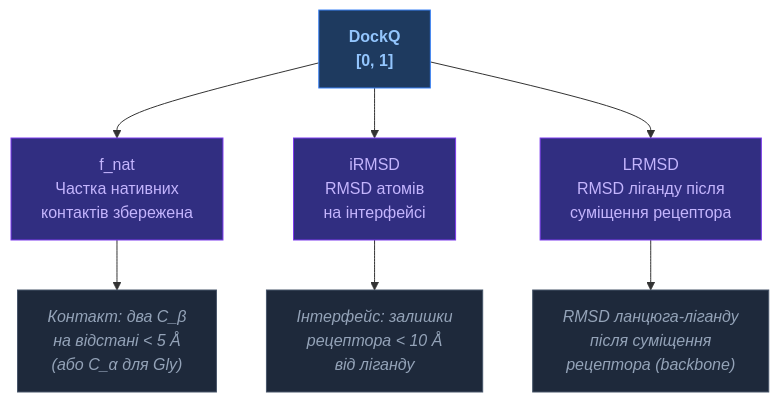
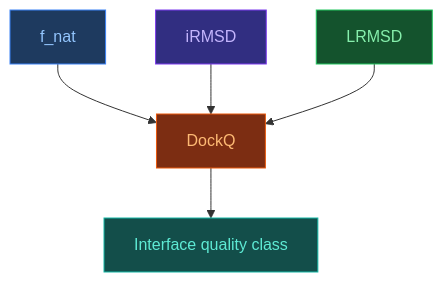
The diagram in UA/2. Концепції/2.3. Структурна-Біоінформатика/2.3.3. DockQ.md (OlehVolkov/AlphaFold3-AIGen-KnowledgeBase), drawn with Mermaid before and after one commit. The commit also changed other lines of this file and 33 other files, not shown here.

````diff
--- a/UA/2. Концепції/2.3. Структурна-Біоінформатика/2.3.3. DockQ.md
+++ b/UA/2. Концепції/2.3. Структурна-Біоінформатика/2.3.3. DockQ.md
@@ -26,22 +39,20 @@
 ```mermaid
 flowchart TD
-    DQ["DockQ<br/>[0, 1]"]:::main
+    FN["f_nat"]:::input
+    IR["iRMSD"]:::trunk
+    LR["LRMSD"]:::diffusion
+    DQ["DockQ"]:::confidence
+    OUT["Interface quality class"]:::output
 
-    FNAT["f_nat<br/>Частка нативних<br/>контактів збережена"]:::comp
-    IRMSD["iRMSD<br/>RMSD атомів<br/>на інтерфейсі"]:::comp
-    LRMSD["LRMSD<br/>RMSD ліганду після<br/>суміщення рецептора"]:::comp
+    FN --> DQ
+    IR --> DQ
+    LR --> DQ
+    DQ --> OUT
 
-    DQ --> FNAT & IRMSD & LRMSD
-
-    F1["Контакт: два С_β<br/>на відстані < 5 Å<br/>(або C_α для Gly)"]:::note
-    I1["Інтерфейс: залишки<br/>рецептора < 10 Å<br/>від ліганду"]:::note
-    L1["RMSD ланцюга-ліганду<br/>після суміщення<br/>рецептора (backbone)"]:::note
-
-    FNAT --> F1
-    IRMSD --> I1
-    LRMSD --> L1
-
-    classDef main fill:#1e3a5f,stroke:#3b82f6,color:#93c5fd,font-weight:bold
-    classDef comp fill:#312e81,stroke:#7c3aed,color:#c4b5fd
-    classDef note fill:#1e293b,stroke:#475569,color:#94a3b8,font-style:italic
+    classDef input fill:#1e3a5f,stroke:#3b82f6,color:#93c5fd
+    classDef trunk fill:#312e81,stroke:#7c3aed,color:#c4b5fd
+    classDef diffusion fill:#14532d,stroke:#22c55e,color:#86efac
+    classDef confidence fill:#7c2d12,stroke:#ea580c,color:#fdba74
+    classDef output fill:#134e4a,stroke:#14b8a6,color:#5eead4
+    classDef neutral fill:#1e293b,stroke:#475569,color:#94a3b8
 ```
````
